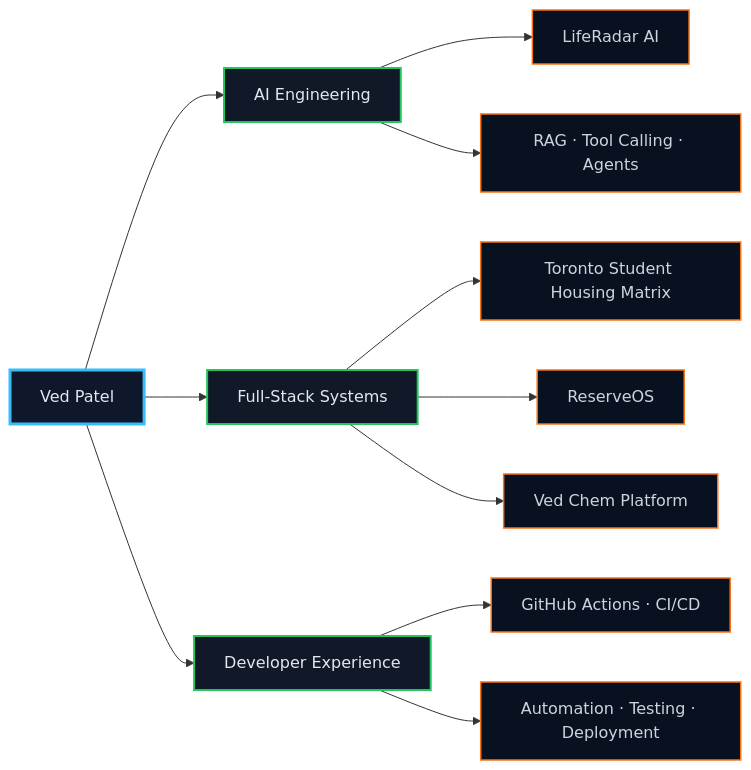
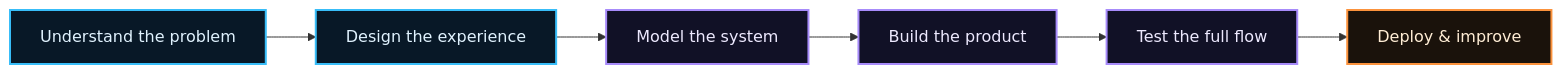
Before and after one commit to patelved3313/patelved3313: the diagram in README.md, drawn with Mermaid. The commit also changed other lines of this file, not shown here.

Commit message:
design: rebuild profile overview with premium layout

````diff
--- a/README.md
+++ b/README.md
@@ -126,24 +125,16 @@
 ```mermaid
 flowchart LR
-    V["Ved Patel"] --> AI["AI Engineering"]
-    V --> FS["Full-Stack Systems"]
-    V --> DX["Developer Experience"]
+    A["Understand the problem"] --> B["Design the experience"]
+    B --> C["Model the system"]
+    C --> D["Build the product"]
+    D --> E["Test the full flow"]
+    E --> F["Deploy & improve"]
 
-    AI --> LRA["LifeRadar AI"]
-    AI --> RAG["RAG · Tool Calling · Agents"]
+    classDef start fill:#081827,stroke:#38BDF8,stroke-width:2px,color:#E0F2FE
+    classDef middle fill:#111126,stroke:#A78BFA,stroke-width:2px,color:#EDE9FE
+    classDef finish fill:#1A120B,stroke:#FB923C,stroke-width:2px,color:#FFEDD5
 
-    FS --> TSHM["Toronto Student Housing Matrix"]
-    FS --> ROS["ReserveOS"]
-    FS --> VC["Ved Chem Platform"]
-
-    DX --> CI["GitHub Actions · CI/CD"]
-    DX --> DEV["Automation · Testing · Deployment"]
-
-    classDef root fill:#0F172A,stroke:#38BDF8,stroke-width:3px,color:#E2E8F0
-    classDef area fill:#111827,stroke:#22C55E,stroke-width:2px,color:#E2E8F0
-    classDef project fill:#08111F,stroke:#F97316,stroke-width:1.5px,color:#CBD5E1
-
-    class V root
-    class AI,FS,DX area
-    class LRA,RAG,TSHM,ROS,VC,CI,DEV project
+    class A,B start
+    class C,D,E middle
+    class F finish
 ```
````
